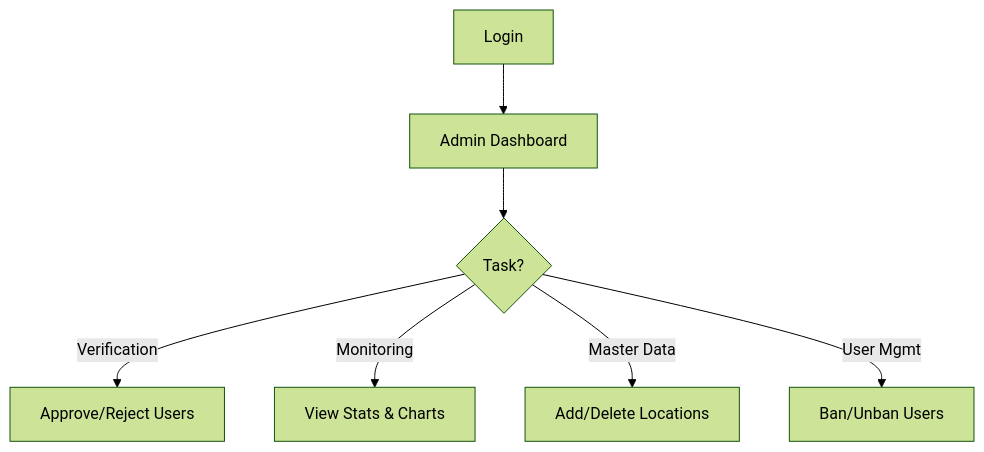
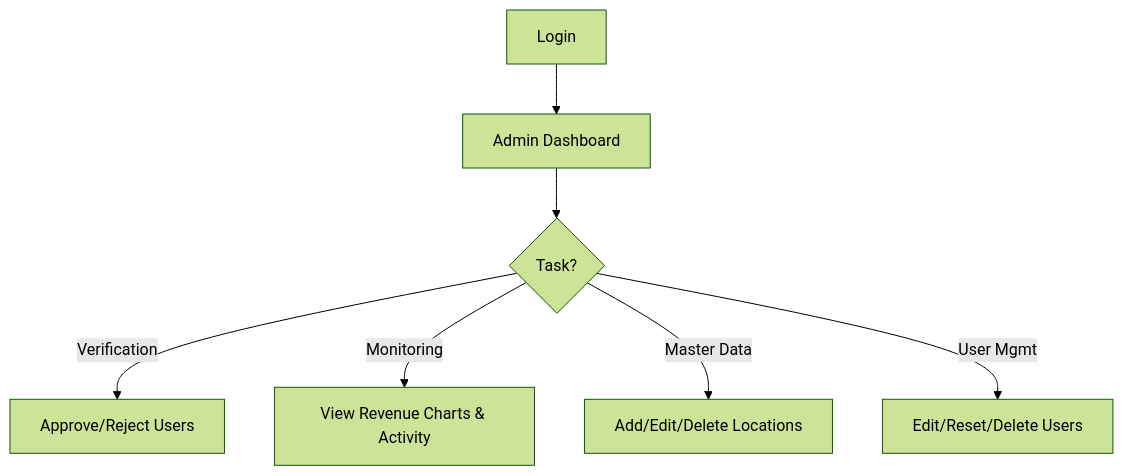
Before and after one commit to cdesqus/food-orde-app: the third of 3 diagrams in DOCUMENTATION.md, drawn with Mermaid (forest theme). The commit also changed other lines of this file and 14 other files, not shown here.

````diff
--- a/DOCUMENTATION.md
+++ b/DOCUMENTATION.md
@@ -96,9 +156,9 @@
 ```mermaid
 graph TD
     A[Login] --> B[Admin Dashboard]
     B --> C{Task?}
     C -- Verification --> D[Approve/Reject Users]
-    C -- Monitoring --> E[View Stats & Charts]
-    C -- Master Data --> F[Add/Delete Locations]
-    C -- User Mgmt --> G[Ban/Unban Users]
+    C -- Monitoring --> E[View Revenue Charts & Activity]
+    C -- Master Data --> F[Add/Edit/Delete Locations]
+    C -- User Mgmt --> G[Edit/Reset/Delete Users]
 ```
````
